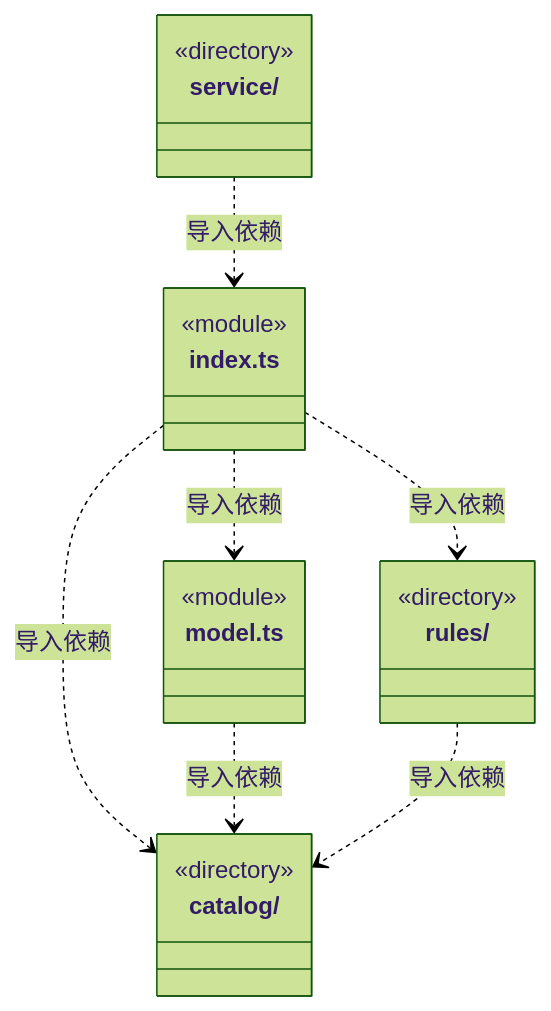
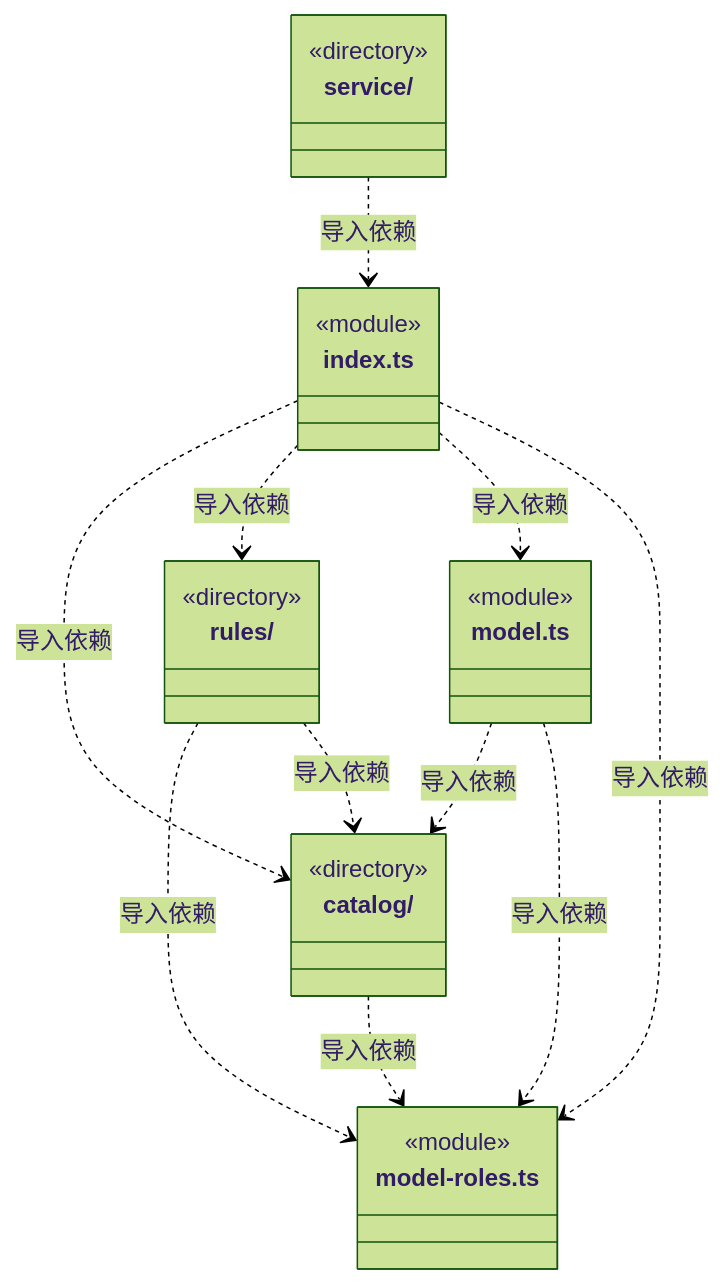
The first of 2 diagrams in src/logic/engines/ARCHITECTURE.md (nan023062/cbim), drawn with Mermaid (forest theme) before and after one commit. The commit also changed other lines of this file and 62 other files, not shown here.

Commit message:
feat(engines): freeze versioned model roles across agent execution

````diff
--- a/src/logic/engines/ARCHITECTURE.md
+++ b/src/logic/engines/ARCHITECTURE.md
@@ -18,24 +19,31 @@
 ```mermaid
 classDiagram
 class N_src_logic_engines_catalog["catalog/"] {
   <<directory>>
 }
 class N_src_logic_engines_rules["rules/"] {
   <<directory>>
 }
 class N_src_logic_engines_service["service/"] {
   <<directory>>
 }
 class N_src_logic_engines_index_ts["index.ts"] {
   <<module>>
 }
+class N_src_logic_engines_model_roles_ts["model-roles.ts"] {
+  <<module>>
+}
 class N_src_logic_engines_model_ts["model.ts"] {
   <<module>>
 }
+N_src_logic_engines_catalog ..> N_src_logic_engines_model_roles_ts : 导入依赖
 N_src_logic_engines_index_ts ..> N_src_logic_engines_catalog : 导入依赖
 N_src_logic_engines_index_ts ..> N_src_logic_engines_rules : 导入依赖
 N_src_logic_engines_index_ts ..> N_src_logic_engines_model_ts : 导入依赖
+N_src_logic_engines_index_ts ..> N_src_logic_engines_model_roles_ts : 导入依赖
 N_src_logic_engines_model_ts ..> N_src_logic_engines_catalog : 导入依赖
+N_src_logic_engines_model_ts ..> N_src_logic_engines_model_roles_ts : 导入依赖
+N_src_logic_engines_rules ..> N_src_logic_engines_model_roles_ts : 导入依赖
 N_src_logic_engines_rules ..> N_src_logic_engines_catalog : 导入依赖
 N_src_logic_engines_service ..> N_src_logic_engines_index_ts : 导入依赖
 ```
````
